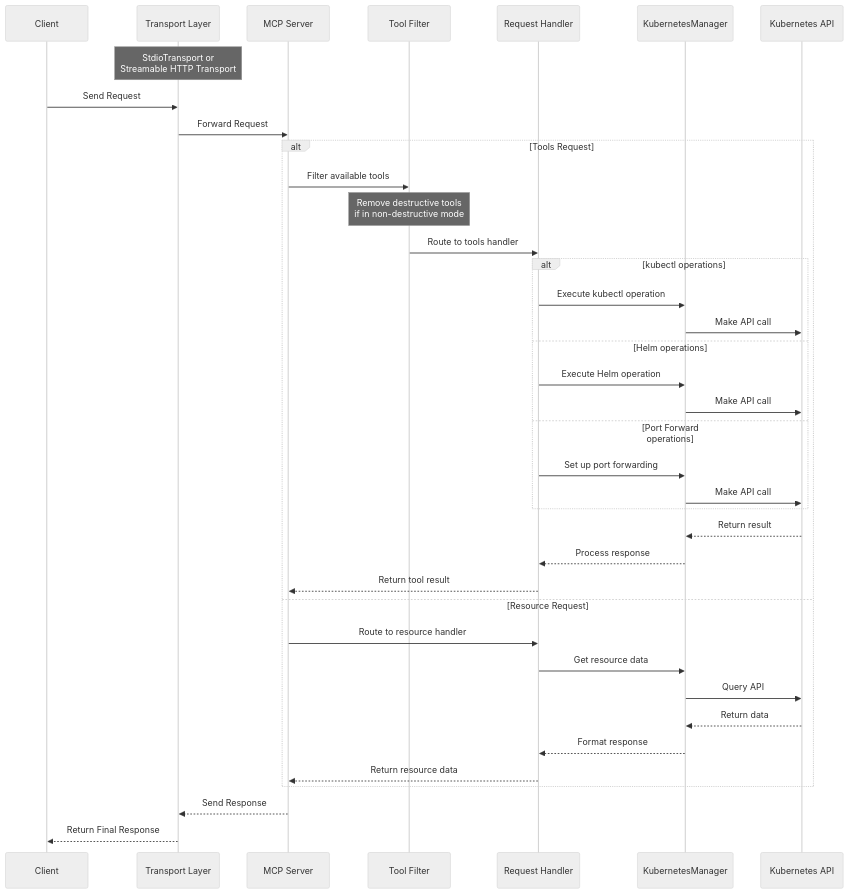
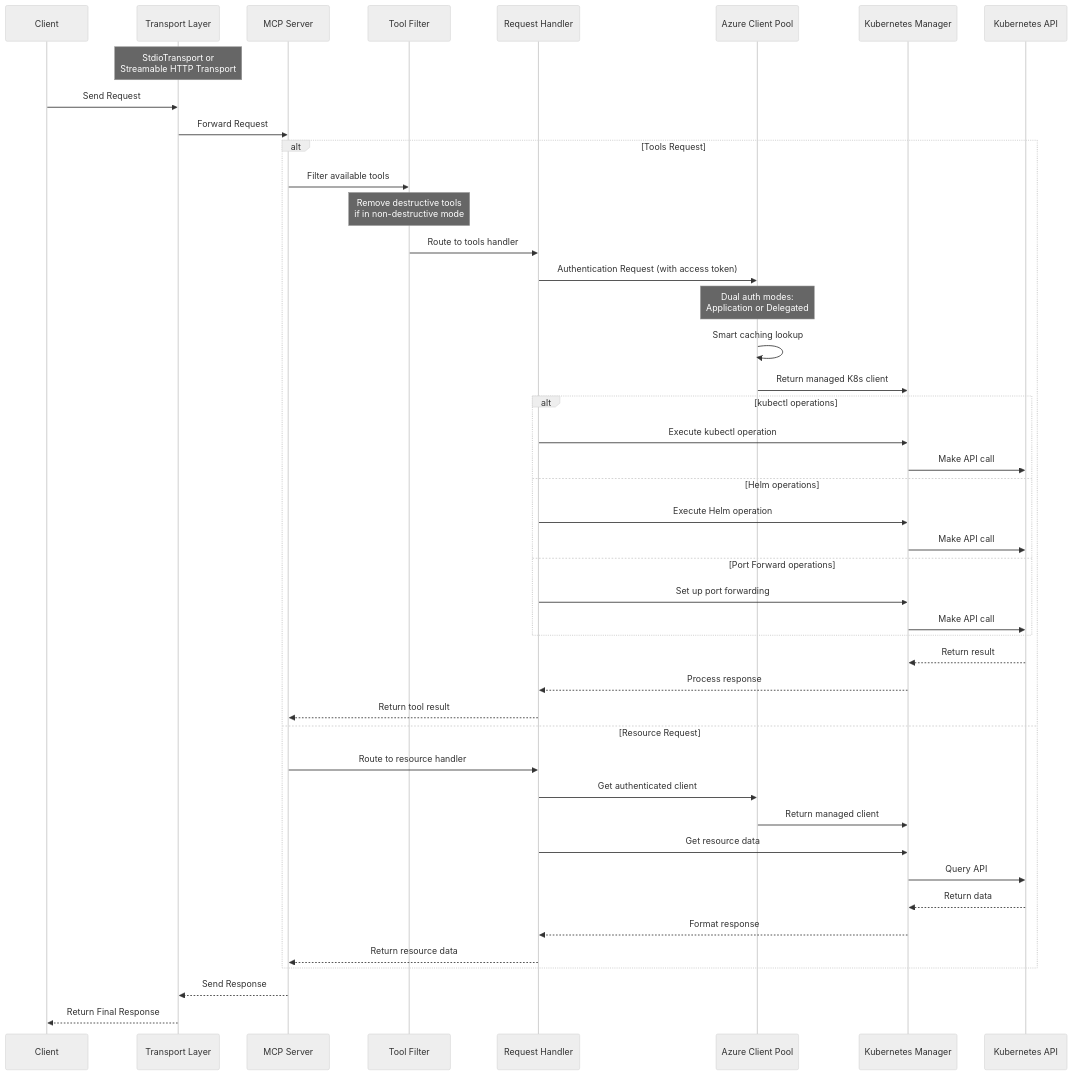
Before and after one commit to jhzhu89/mcp-server-azure-kubernetes: the diagram in README.md, drawn with Mermaid (neutral theme). The commit also changed other lines of this file and 27 other files, not shown here.

Commit message:
user azure-client-pool

````diff
--- a/README.md
+++ b/README.md
@@ -225,46 +244,54 @@
 ```mermaid
 sequenceDiagram
     participant Client
     participant Transport as Transport Layer
     participant Server as MCP Server
     participant Filter as Tool Filter
     participant Handler as Request Handler
-    participant K8sManager as KubernetesManager
+    participant ClientPool as Azure Client Pool
+    participant K8sManager as Kubernetes Manager
     participant K8s as Kubernetes API
 
     Note over Transport: StdioTransport or<br>Streamable HTTP Transport
 
     Client->>Transport: Send Request
     Transport->>Server: Forward Request
 
     alt Tools Request
         Server->>Filter: Filter available tools
         Note over Filter: Remove destructive tools<br>if in non-destructive mode
         Filter->>Handler: Route to tools handler
+
+        Handler->>ClientPool: Authentication Request (with access token)
+        Note over ClientPool: Dual auth modes:<br>Application or Delegated
+        ClientPool->>ClientPool: Smart caching lookup
+        ClientPool->>K8sManager: Return managed K8s client
 
         alt kubectl operations
             Handler->>K8sManager: Execute kubectl operation
             K8sManager->>K8s: Make API call
         else Helm operations
             Handler->>K8sManager: Execute Helm operation
             K8sManager->>K8s: Make API call
         else Port Forward operations
             Handler->>K8sManager: Set up port forwarding
             K8sManager->>K8s: Make API call
         end
 
         K8s-->>K8sManager: Return result
         K8sManager-->>Handler: Process response
         Handler-->>Server: Return tool result
     else Resource Request
         Server->>Handler: Route to resource handler
+        Handler->>ClientPool: Get authenticated client
+        ClientPool->>K8sManager: Return managed client
         Handler->>K8sManager: Get resource data
         K8sManager->>K8s: Query API
         K8s-->>K8sManager: Return data
         K8sManager-->>Handler: Format response
         Handler-->>Server: Return resource data
     end
 
     Server-->>Transport: Send Response
     Transport-->>Client: Return Final Response
 ```
````
